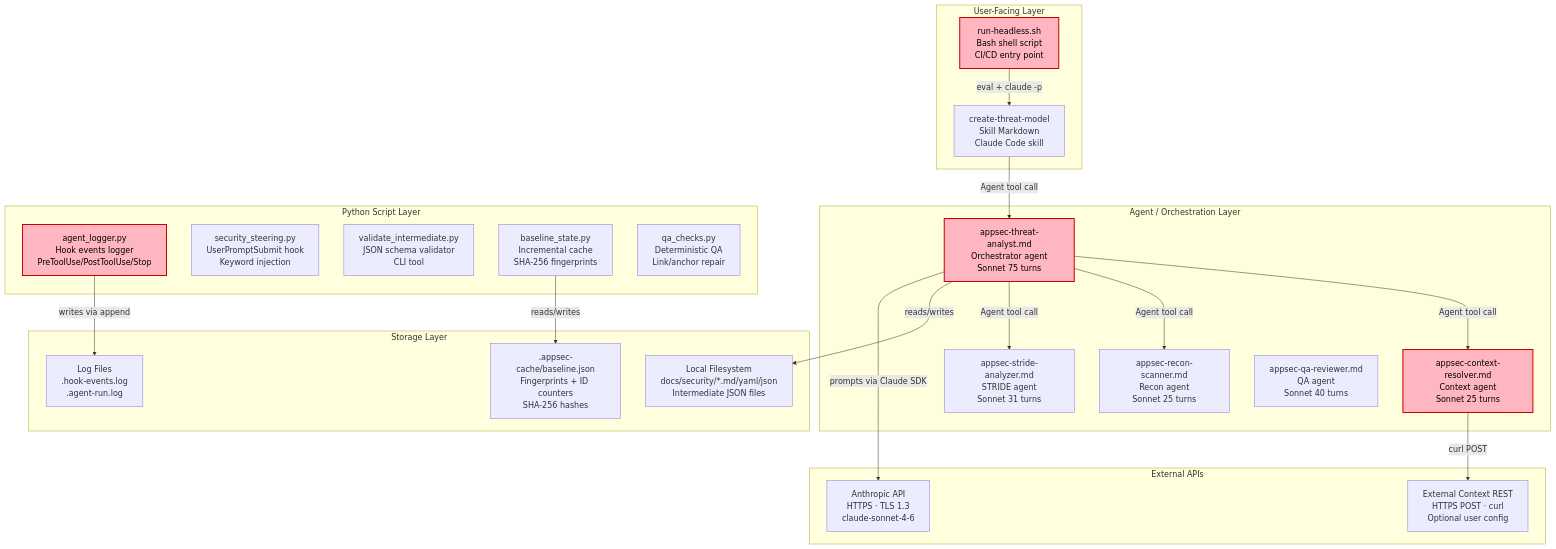
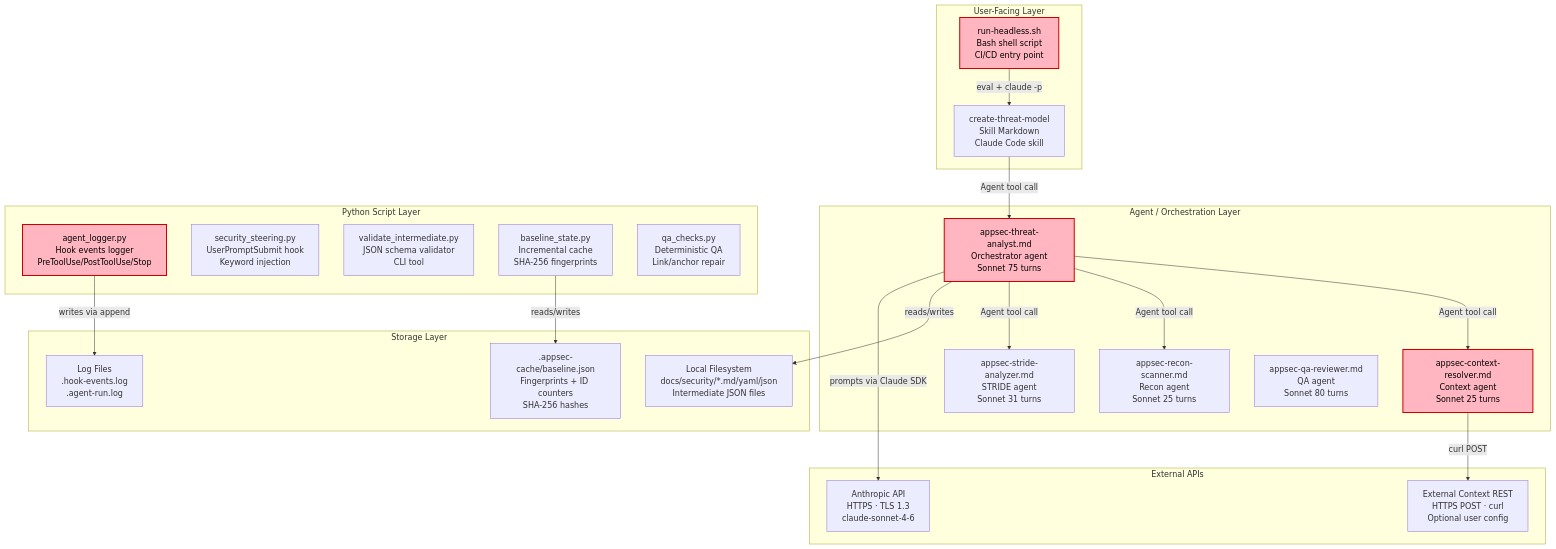
The fourth of 8 diagrams in docs/security/threat-model.md (appsec-foundry/appsec-advisor), drawn with Mermaid before and after one commit. The commit also changed other lines of this file and 14 other files, not shown here.

````diff
--- a/docs/security/threat-model.md
+++ b/docs/security/threat-model.md
@@ -164,54 +334,54 @@
 ```mermaid
 graph TB
     subgraph UserFacing["User-Facing Layer"]
         %% component: headless-runner
         HS["run-headless.sh\nBash shell script\nCI/CD entry point"]:::risk
         SKILL["create-threat-model\nSkill Markdown\nClaude Code skill"]
     end
 
     subgraph AgentLayer["Agent / Orchestration Layer"]
         %% component: plugin-core
         ORCH["appsec-threat-analyst.md\nOrchestrator agent\nSonnet 75 turns"]:::risk
         CTX["appsec-context-resolver.md\nContext agent\nSonnet 25 turns"]:::risk
         RECON["appsec-recon-scanner.md\nRecon agent\nSonnet 25 turns"]
         STRIDE["appsec-stride-analyzer.md\nSTRIDE agent\nSonnet 31 turns"]
-        QA["appsec-qa-reviewer.md\nQA agent\nSonnet 40 turns"]
+        QA["appsec-qa-reviewer.md\nQA agent\nSonnet 80 turns"]
     end
 
     subgraph ScriptLayer["Python Script Layer"]
         %% component: hook-scripts
         ALOG["agent_logger.py\nHook events logger\nPreToolUse/PostToolUse/Stop"]:::risk
         STEER["security_steering.py\nUserPromptSubmit hook\nKeyword injection"]
         VAL["validate_intermediate.py\nJSON schema validator\nCLI tool"]
         BS["baseline_state.py\nIncremental cache\nSHA-256 fingerprints"]
         QAC["qa_checks.py\nDeterministic QA\nLink/anchor repair"]
     end
 
     subgraph StorageLayer["Storage Layer"]
         FS["Local Filesystem\ndocs/security/*.md/yaml/json\nIntermediate JSON files"]
         LOG["Log Files\n.hook-events.log\n.agent-run.log"]
         CACHE[".appsec-cache/baseline.json\nFingerprints + ID counters\nSHA-256 hashes"]
     end
 
     subgraph ExternalLayer["External APIs"]
         ANT["Anthropic API\nHTTPS · TLS 1.3\nclaude-sonnet-4-6"]
         EXT["External Context REST\nHTTPS POST · curl\nOptional user config"]
     end
 
     HS -->|"eval + claude -p"| SKILL
     SKILL -->|"Agent tool call"| ORCH
     ORCH -->|"Agent tool call"| CTX
     ORCH -->|"Agent tool call"| RECON
     ORCH -->|"Agent tool call"| STRIDE
     CTX -->|"curl POST"| EXT
     ORCH -->|"reads/writes"| FS
     ALOG -->|"writes via append"| LOG
     BS -->|"reads/writes"| CACHE
     ORCH -->|"prompts via Claude SDK"| ANT
 
 %% Trust Boundary Key:
 %% AgentLayer→ExternalLayer: HTTPS/TLS; no origin allowlist on EXT endpoint
 %% UserFacing→AgentLayer: Claude Code skill system; no sandboxing of shell args
 
     classDef risk fill:#FFB6C1,stroke:#c00,color:#000,stroke-width:2px
 ```
````
